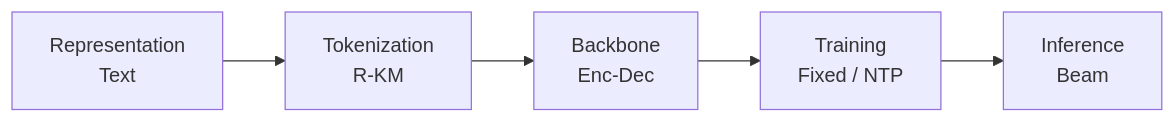
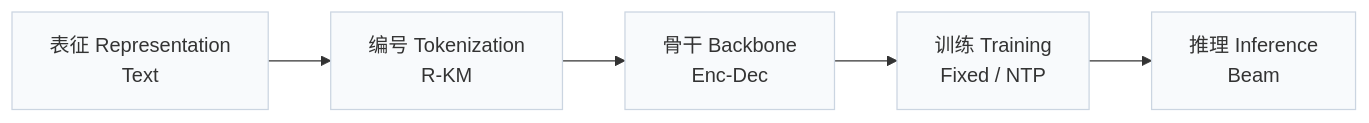
Before and after one commit to Galaxy-ghost/Awesome-SID-Generative-Rec: the first of 3 diagrams in pages/zh/papers/grid.md, drawn with Mermaid. The commit also changed other lines of this file and 649 other files, not shown here.

Commit message:
writer-05: also tags and modality index (schema, check, build, visuals); summary field removed; calibration data for 12 papers

````diff
--- a/pages/zh/papers/grid.md
+++ b/pages/zh/papers/grid.md
@@ -13,4 +15,6 @@
 ```mermaid
 flowchart LR
-    R["Representation<br/>Text"] --> T["Tokenization<br/>R-KM"] --> B["Backbone<br/>Enc-Dec"] --> TR["Training<br/>Fixed / NTP"] --> I["Inference<br/>Beam"]
+    R["表征 Representation<br/>Text"] --> T["编号 Tokenization<br/>R-KM"] --> B["骨干 Backbone<br/>Enc-Dec"] --> TR["训练 Training<br/>Fixed / NTP"] --> I["推理 Inference<br/>Beam"]
+    classDef base fill:#f8fafc,stroke:#cbd5e1
+    class R,T,B,TR,I base
 ```
````
